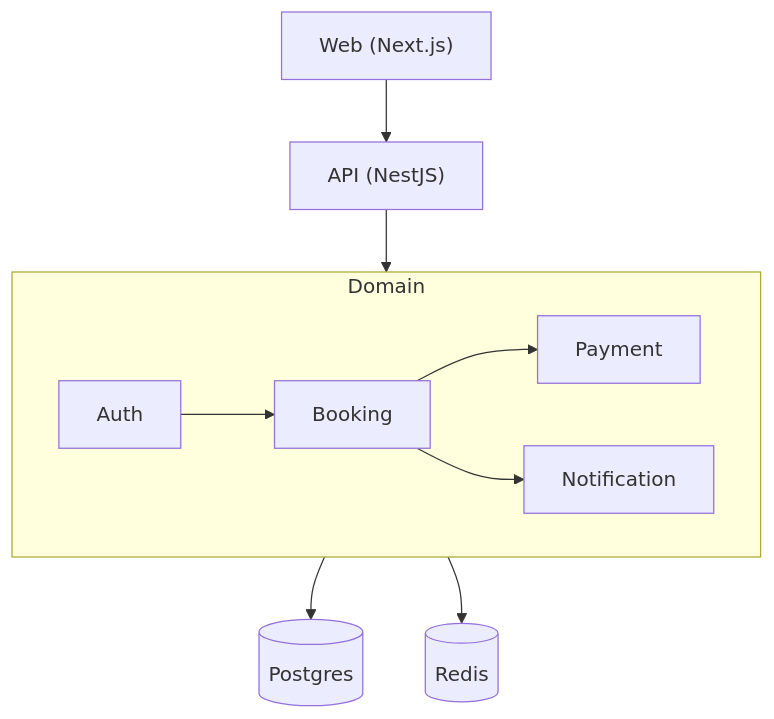
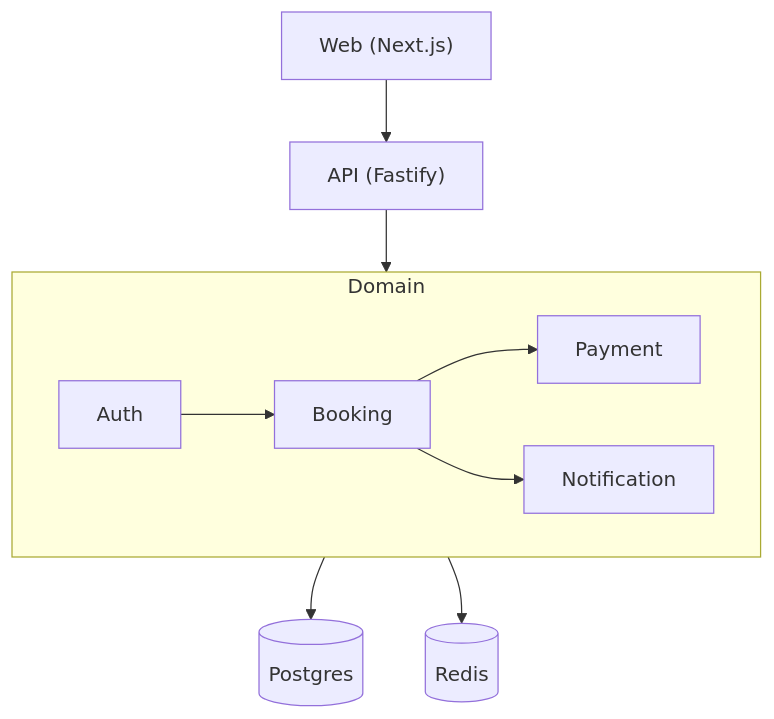
Before and after one commit to aoecosystem/agentic-workflow: the diagram in deliverables/architecture/styles/monolith.md, drawn with Mermaid. The commit also changed other lines of this file and 12 other files, not shown here.

````diff
--- a/deliverables/architecture/styles/monolith.md
+++ b/deliverables/architecture/styles/monolith.md
@@ -227,16 +368,16 @@
 ```mermaid
 flowchart TB
-  Client["Web (Next.js)"] --> API["API (NestJS)"]
+  Client["Web (Next.js)"] --> API["API (Fastify)"]
   subgraph Domain
     S1["Auth"]
     S2["Booking"]
     S3["Payment"]
     S4["Notification"]
     S1 --> S2
     S2 --> S3
     S2 --> S4
   end
   API --> Domain
   Domain --> DB[(Postgres)]
   Domain --> Cache[(Redis)]
 ```
````
